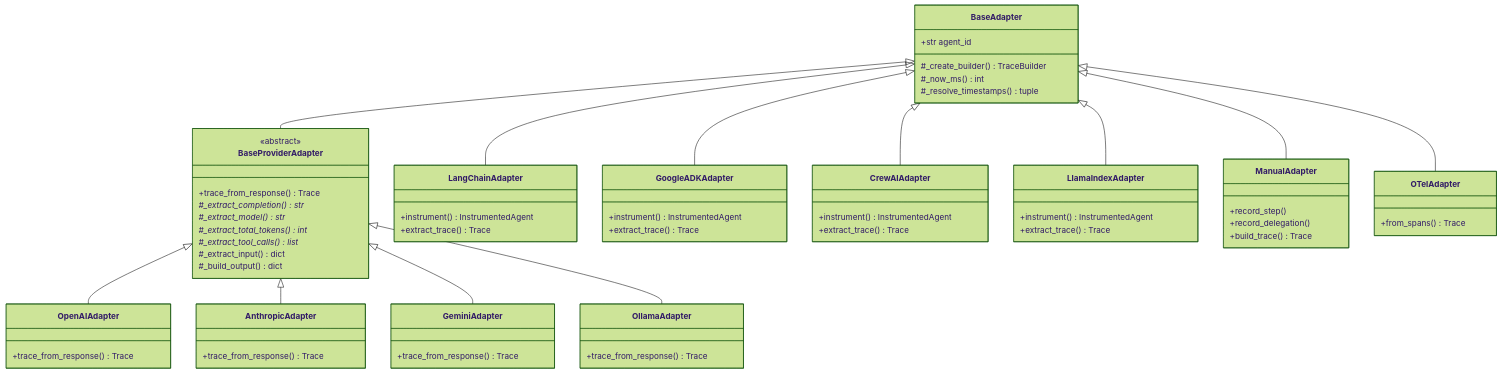
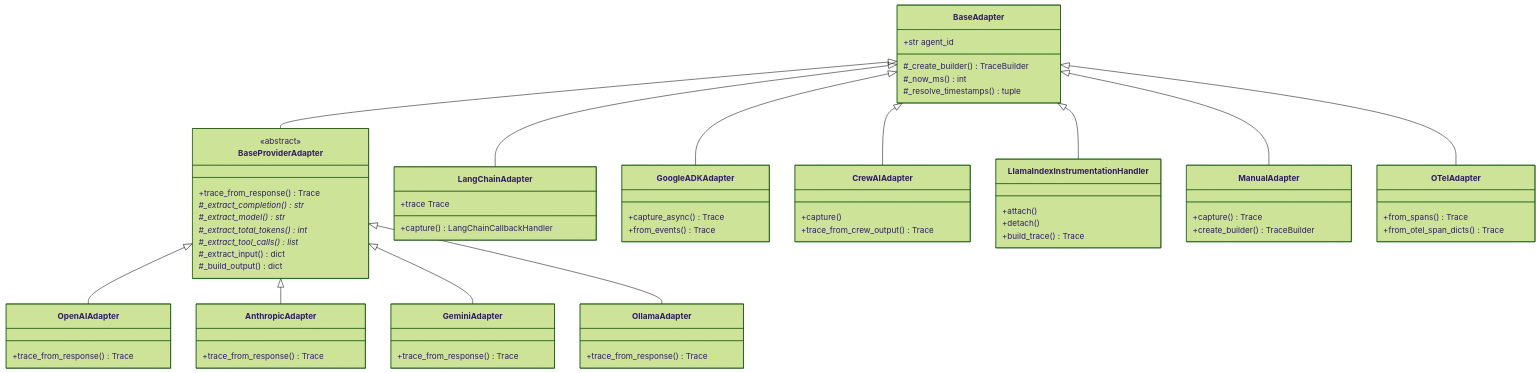
The second of 2 diagrams in src/content/docs/architecture/adapter-system.mdx (attest-framework/attest-website), drawn with Mermaid (forest theme) before and after one commit. The commit also changed other lines of this file and 23 other files, not shown here.

````diff
--- a/src/content/docs/architecture/adapter-system.mdx
+++ b/src/content/docs/architecture/adapter-system.mdx
@@ -60,72 +60,73 @@
 ```mermaid
 classDiagram
     class BaseAdapter {
         +str agent_id
         #_create_builder() TraceBuilder
         #_now_ms() int
         #_resolve_timestamps() tuple
     }
 
     class BaseProviderAdapter {
         <<abstract>>
         +trace_from_response() Trace
         #_extract_completion()* str
         #_extract_model()* str
         #_extract_total_tokens()* int
         #_extract_tool_calls()* list
         #_extract_input() dict
         #_build_output() dict
     }
 
     class OpenAIAdapter {
         +trace_from_response() Trace
     }
     class AnthropicAdapter {
         +trace_from_response() Trace
     }
     class GeminiAdapter {
         +trace_from_response() Trace
     }
     class OllamaAdapter {
         +trace_from_response() Trace
     }
 
     class LangChainAdapter {
-        +instrument() InstrumentedAgent
-        +extract_trace() Trace
+        +capture() LangChainCallbackHandler
+        +trace Trace
     }
     class GoogleADKAdapter {
-        +instrument() InstrumentedAgent
-        +extract_trace() Trace
+        +capture_async() Trace
+        +from_events() Trace
     }
     class CrewAIAdapter {
-        +instrument() InstrumentedAgent
-        +extract_trace() Trace
+        +capture()
+        +trace_from_crew_output() Trace
     }
-    class LlamaIndexAdapter {
-        +instrument() InstrumentedAgent
-        +extract_trace() Trace
+    class LlamaIndexInstrumentationHandler {
+        +attach()
+        +detach()
+        +build_trace() Trace
     }
 
     class ManualAdapter {
-        +record_step()
-        +record_delegation()
-        +build_trace() Trace
+        +capture() Trace
+        +create_builder() TraceBuilder
     }
 
     class OTelAdapter {
         +from_spans() Trace
+        +from_otel_span_dicts() Trace
     }
 
     BaseAdapter <|-- BaseProviderAdapter
     BaseAdapter <|-- LangChainAdapter
     BaseAdapter <|-- GoogleADKAdapter
     BaseAdapter <|-- CrewAIAdapter
-    BaseAdapter <|-- LlamaIndexAdapter
+    BaseAdapter <|-- LlamaIndexInstrumentationHandler
     BaseAdapter <|-- ManualAdapter
     BaseAdapter <|-- OTelAdapter
     BaseProviderAdapter <|-- OpenAIAdapter
     BaseProviderAdapter <|-- AnthropicAdapter
     BaseProviderAdapter <|-- GeminiAdapter
     BaseProviderAdapter <|-- OllamaAdapter
 ```
````
